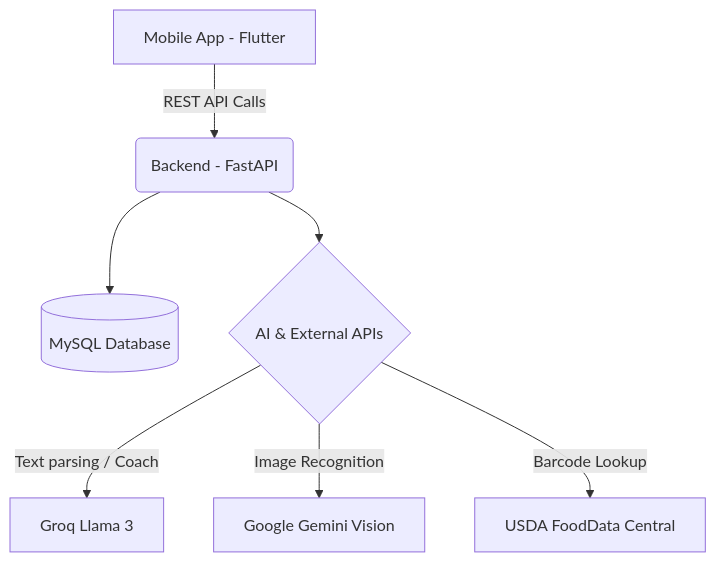
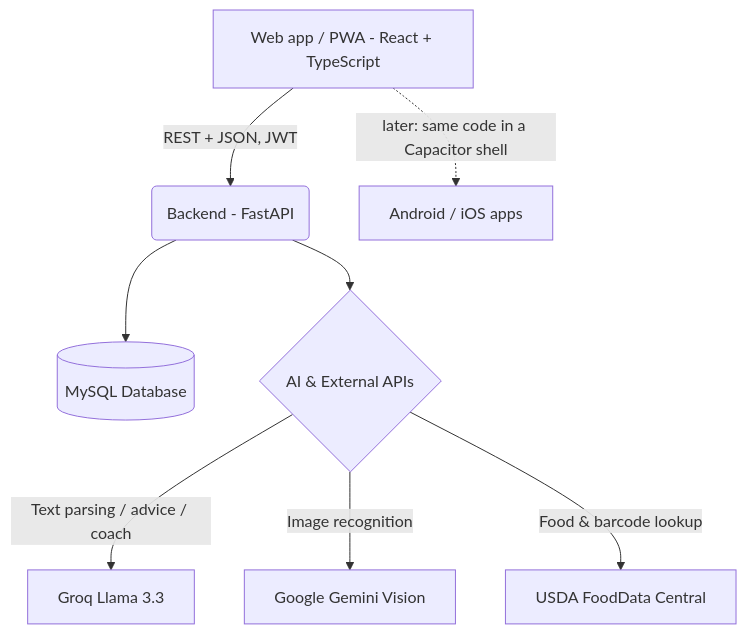
The diagram in README.md (Hussein-abbod/NutriFlow), drawn with Mermaid before and after one commit. The commit also changed other lines of this file and 16 other files, not shown here.

First line of the commit message:
fix: address code review findings; update README for the React PWA

````diff
--- a/README.md
+++ b/README.md
@@ -28,9 +32,10 @@
 ```mermaid
 graph TD
-    A[Mobile App - Flutter] -->|REST API Calls| B(Backend - FastAPI)
+    A[Web app / PWA - React + TypeScript] -->|REST + JSON, JWT| B(Backend - FastAPI)
+    A -.->|later: same code in a Capacitor shell| N[Android / iOS apps]
     B --> C[(MySQL Database)]
     B --> D{AI & External APIs}
-    D -->|Text parsing / Coach| E[Groq Llama 3]
-    D -->|Image Recognition| F[Google Gemini Vision]
-    D -->|Barcode Lookup| G[USDA FoodData Central]
+    D -->|Text parsing / advice / coach| E[Groq Llama 3.3]
+    D -->|Image recognition| F[Google Gemini Vision]
+    D -->|Food & barcode lookup| G[USDA FoodData Central]
 ```
````
